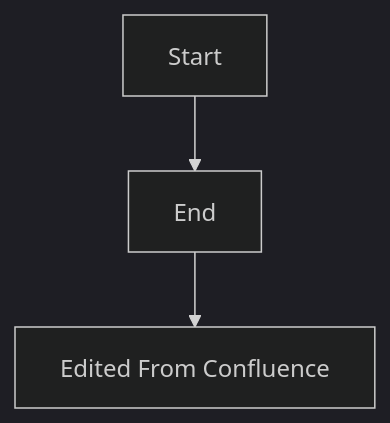
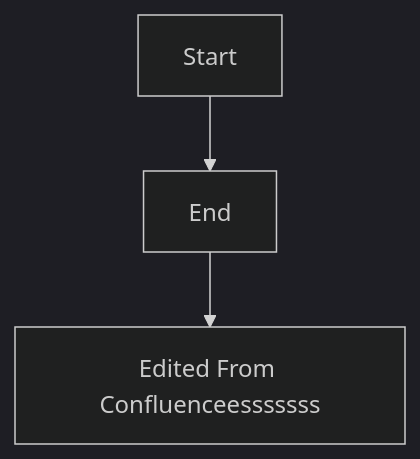
Before and after one commit to kbxtremethoughts/mermaid-test: the diagram in test-diagram.mmd, drawn with Mermaid (dark theme).

Commit message:
Fix typo in node label for diagram

```diff
--- a/test-diagram.mmd
+++ b/test-diagram.mmd
@@ -1,3 +1,3 @@
 graph TD
   A[Start] --> B[End]
-  B --> C[Edited From Confluence]
+  B --> C[Edited From Confluenceesssssss]
```
